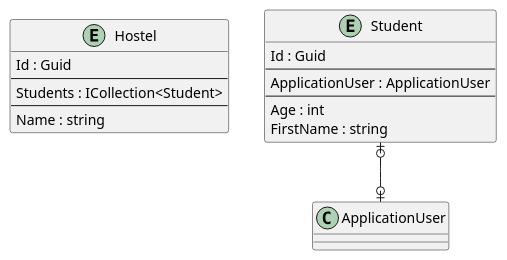
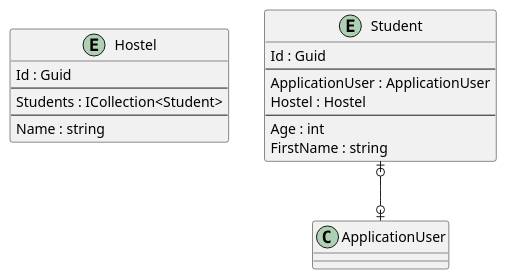
One commit to intrepion/https-code-maze.com-csharp-create-better-looking-console-applications-with-spectre-console- changed the diagram in .docs/HostelStudents.pu. Above: the diagram before and after it, drawn with PlantUML.

```diff
--- a/.docs/HostelStudents.pu
+++ b/.docs/HostelStudents.pu
@@ -1,29 +1,30 @@
 @startuml
 
 entity Hostel {
     Id : Guid
     --
     Students : ICollection<Student>
     ' HostelKeyCodePlaceholder
     --
     Name : string
     ' HostelPropertyCodePlaceholder
 }
 
 entity Student {
     Id : Guid
     --
     ApplicationUser : ApplicationUser
+    Hostel : Hostel
     ' StudentKeyCodePlaceholder
     --
     Age : int
     FirstName : string
     ' StudentPropertyCodePlaceholder
 }
 
 ' EntityCodePlaceholder
 
 Student |o--o| ApplicationUser
 ' RelationshipCodePlaceholder
 
 @enduml
```
